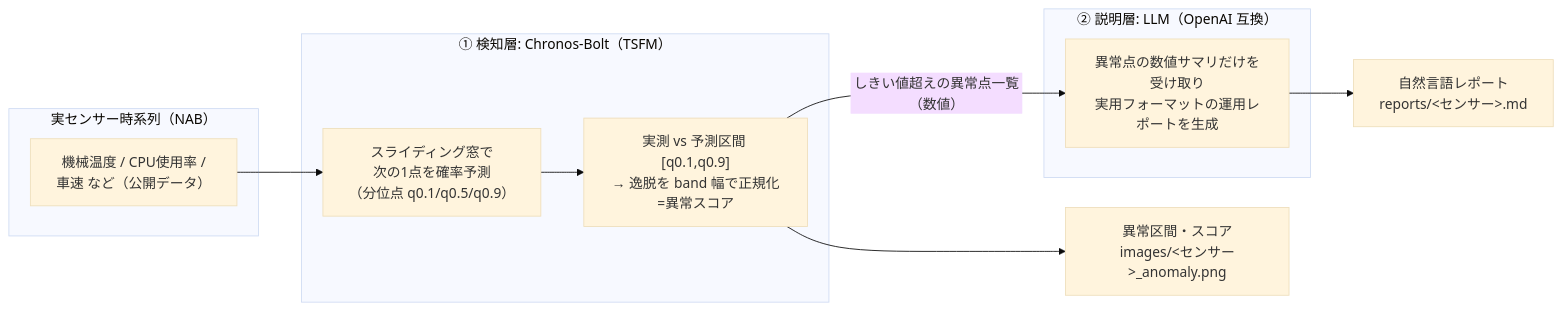
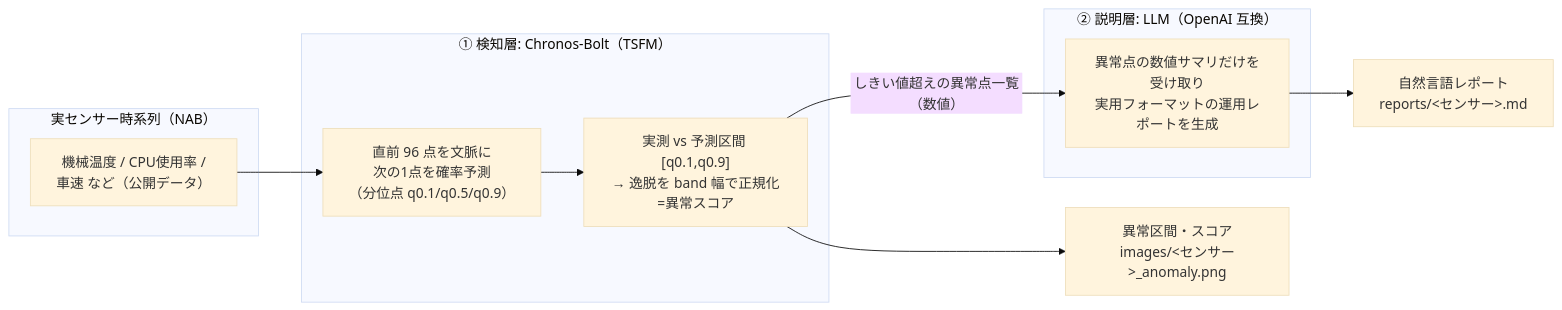
One commit to Yagami360/ai-product-dev-tips changed the diagram in nlp_processing/67/README.md. Above: the diagram before and after it, drawn with Mermaid (base theme). The commit also changed other lines of this file and 11 other files, not shown here.

````diff
--- a/nlp_processing/67/README.md
+++ b/nlp_processing/67/README.md
@@ -32,18 +32,18 @@
 ```mermaid
 flowchart LR
   subgraph IN["実センサー時系列（NAB）"]
     S["機械温度 / CPU使用率 /<br/>車速 など（公開データ）"]
   end
   subgraph DET["① 検知層: Chronos-Bolt（TSFM）"]
-    W["スライディング窓で<br/>次の1点を確率予測<br/>（分位点 q0.1/q0.5/q0.9）"]
+    W["直前 96 点を文脈に<br/>次の1点を確率予測<br/>（分位点 q0.1/q0.5/q0.9）"]
     SC["実測 vs 予測区間 [q0.1,q0.9]<br/>→ 逸脱を band 幅で正規化=異常スコア"]
     W --> SC
   end
   subgraph REP["② 説明層: LLM（OpenAI 互換）"]
     L["異常点の数値サマリだけを受け取り<br/>実用フォーマットの運用レポートを生成"]
   end
   S --> W
   SC -->|"しきい値超えの異常点一覧（数値）"| L
   L --> O["自然言語レポート<br/>reports/&lt;センサー&gt;.md"]
   SC --> O2["異常区間・スコア<br/>images/&lt;センサー&gt;_anomaly.png"]
 ```
````
